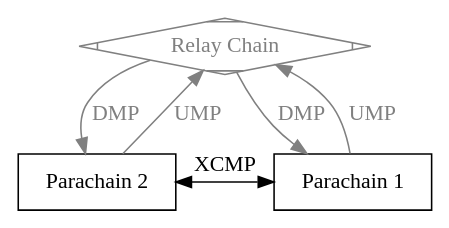
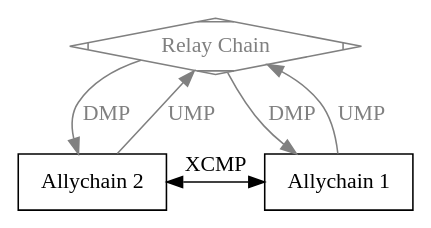
One commit to AXIA-DEV/axia changed the second of 2 diagrams in roadmap/implementers-guide/src/messaging.md. Above: the diagram before and after it, drawn with Graphviz. The commit also changed other lines of this file and 709 other files, not shown here.

````diff
--- a/roadmap/implementers-guide/src/messaging.md
+++ b/roadmap/implementers-guide/src/messaging.md
@@ -54,19 +54,19 @@
 ```dot process
 digraph {
     rc [shape=Mdiamond color="gray" fontcolor="gray" label="Relay Chain"];
 
     subgraph {
         rank = "same"
-        p1 [shape=box label = "Parachain 1"];
-        p2 [shape=box label = "Parachain 2"];
+        p1 [shape=box label = "Allychain 1"];
+        p2 [shape=box label = "Allychain 2"];
     }
 
     rc -> p1 [label="DMP" color="gray" fontcolor="gray"];
     p1 -> rc [label="UMP" color="gray" fontcolor="gray"];
 
     rc -> p2 [label="DMP" color="gray" fontcolor="gray"];
     p2 -> rc [label="UMP" color="gray" fontcolor="gray"];
 
     p2 -> p1 [dir=both label="XCMP"];
 }
 ```
````
